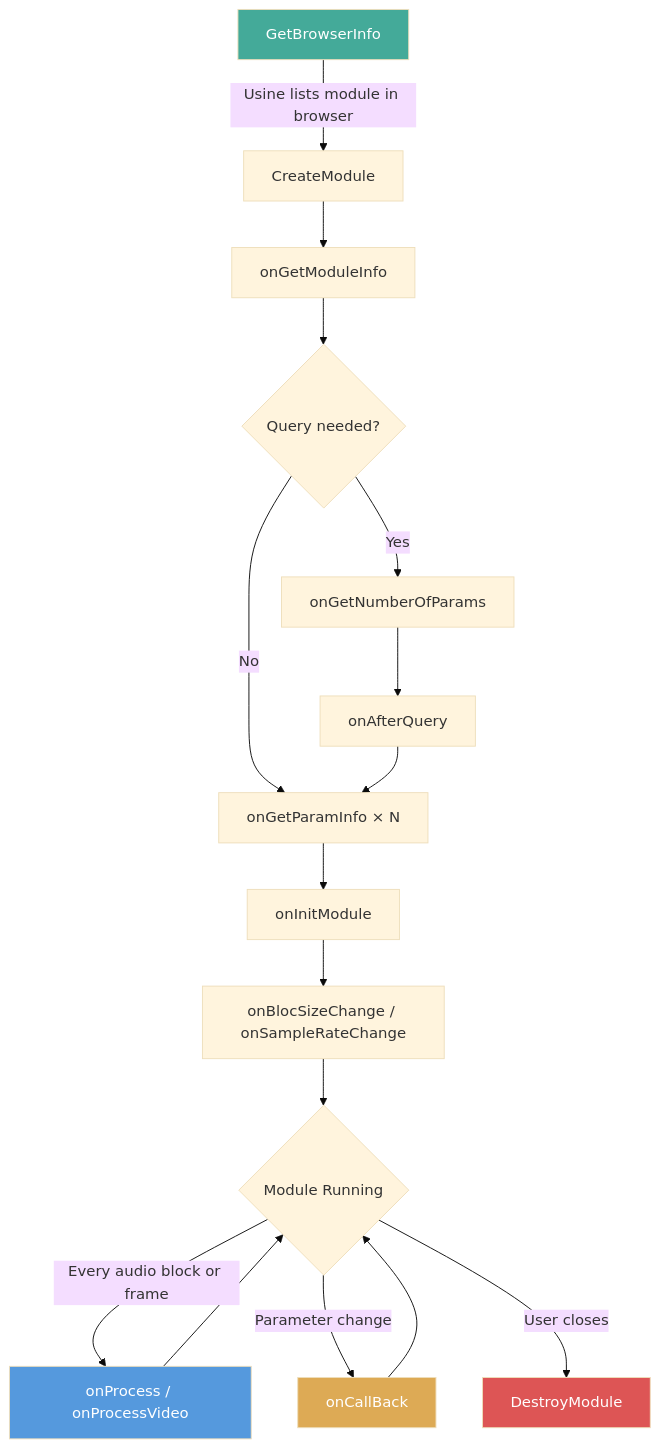
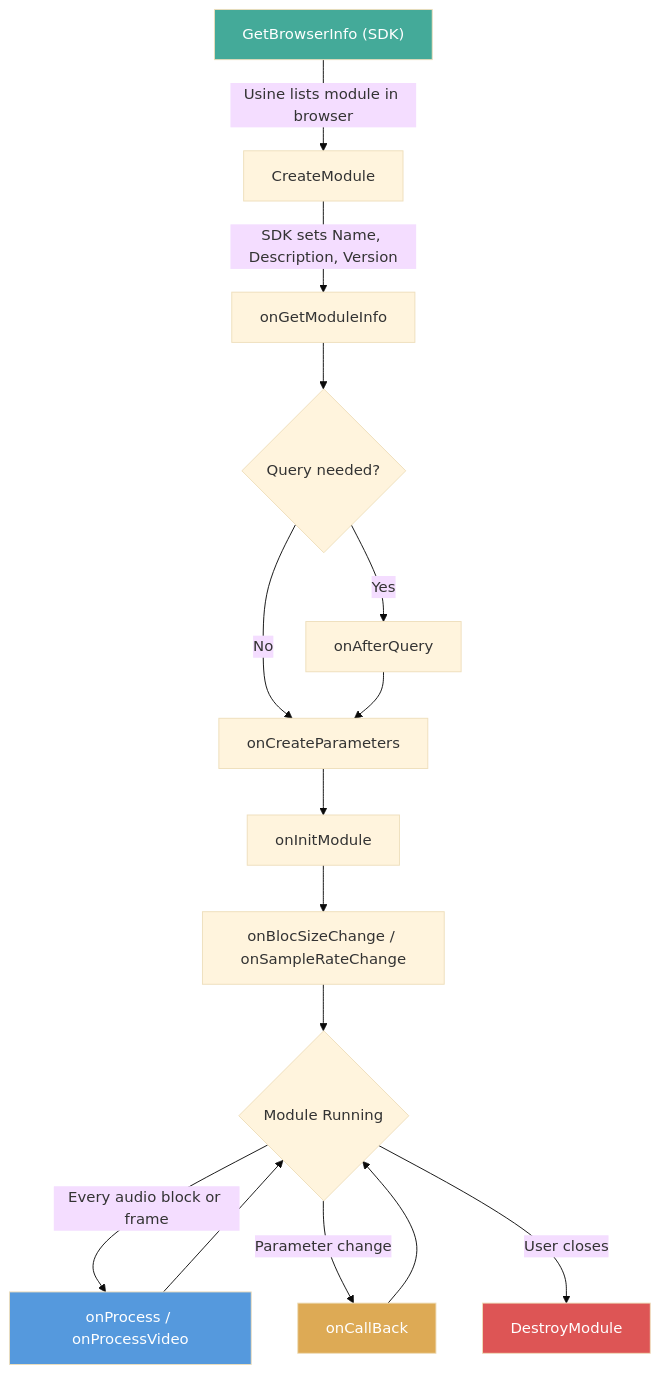
The first of 5 diagrams in wiki/sdk/module-architecture.md (brainmodular/USINE-SDK-PUBLIC), drawn with Mermaid (base theme) before and after one commit. The commit also changed other lines of this file and 353 other files, not shown here.

First line of the commit message:
SDK 703003: module-created parameters, error system, C++20 examples

````diff
--- a/wiki/sdk/module-architecture.md
+++ b/wiki/sdk/module-architecture.md
@@ -28,23 +30,22 @@
 ```mermaid
 flowchart TD
-    A[GetBrowserInfo] -->|Usine lists module in browser| B[CreateModule]
-    B --> C[onGetModuleInfo]
+    A["GetBrowserInfo (SDK)"] -->|Usine lists module in browser| B[CreateModule]
+    B -->|SDK sets Name, Description, Version| C[onGetModuleInfo]
     C --> D{Query needed?}
-    D -->|Yes| E[onGetNumberOfParams]
-    E --> F[onAfterQuery]
-    D -->|No| G[onGetParamInfo × N]
+    D -->|Yes| F[onAfterQuery]
+    D -->|No| G[onCreateParameters]
     F --> G
     G --> H[onInitModule]
     H --> I[onBlocSizeChange / onSampleRateChange]
     I --> J{Module Running}
     J -->|Every audio block or frame| K[onProcess / onProcessVideo]
     J -->|Parameter change| L[onCallBack]
     J -->|User closes| M[DestroyModule]
     K --> J
     L --> J
 
     style A fill:#4a9,color:#fff
     style M fill:#d55,color:#fff
     style K fill:#59d,color:#fff
     style L fill:#da5,color:#fff
 ```
````
